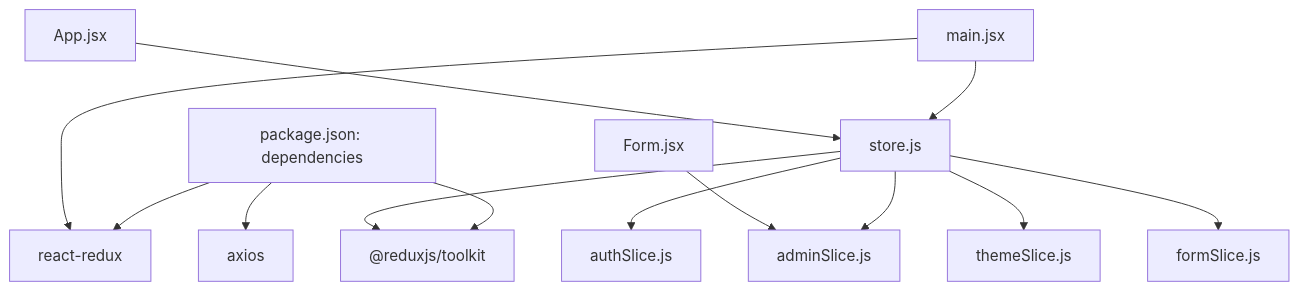
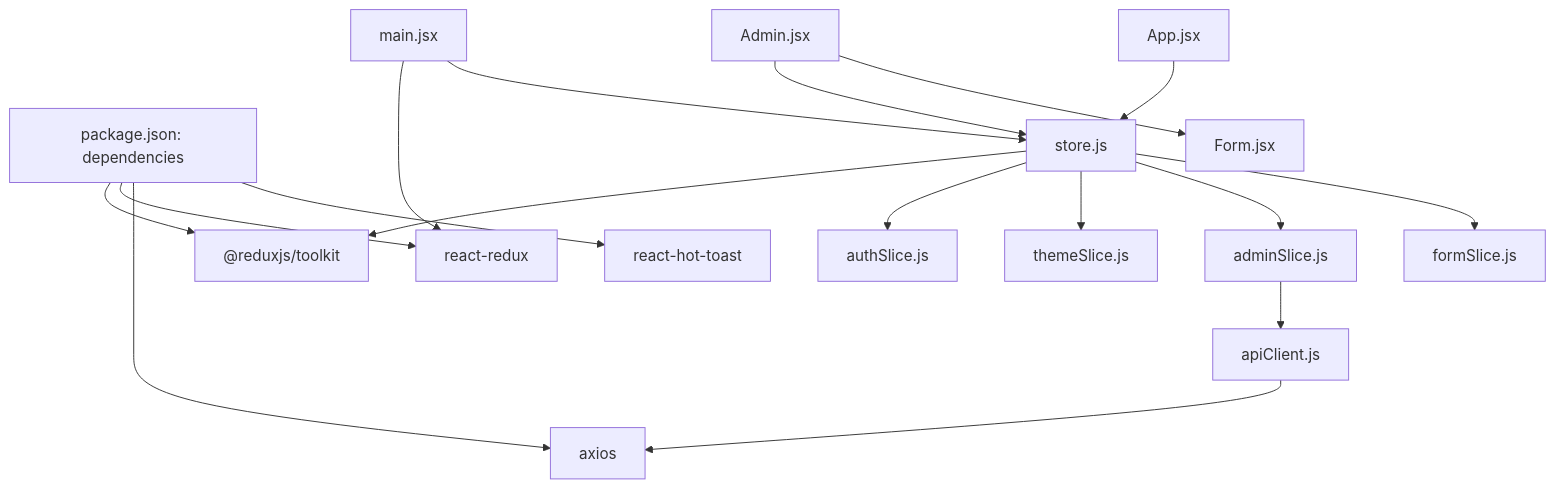
Before and after one commit to Aryan9060/Timetable-Project: the tenth of 10 diagrams in .qoder/repowiki/en/content/State Management/Redux Store Configuration.md, drawn with Mermaid. The commit also changed other lines of this file and 8 other files, not shown here.

````diff
--- a/.qoder/repowiki/en/content/State Management/Redux Store Configuration.md
+++ b/.qoder/repowiki/en/content/State Management/Redux Store Configuration.md
@@ -246,15 +357,19 @@
 ```mermaid
 graph TB
 Pkg["package.json: dependencies"] --> RTK["@reduxjs/toolkit"]
 Pkg --> RR["react-redux"]
 Pkg --> AX["axios"]
+Pkg --> HT["react-hot-toast"]
 StoreJS["store.js"] --> RTK
 StoreJS --> Auth["authSlice.js"]
 StoreJS --> Theme["themeSlice.js"]
 StoreJS --> Admin["adminSlice.js"]
 StoreJS --> Form["formSlice.js"]
 MainJSX["main.jsx"] --> RR
 MainJSX --> StoreJS
 AppJSX["App.jsx"] --> StoreJS
-FormJSX["Form.jsx"] --> Admin
+AdminJSX["Admin.jsx"] --> StoreJS
+AdminJSX --> FormJSX["Form.jsx"]
+Admin["adminSlice.js"] --> APIClient["apiClient.js"]
+APIClient --> AX
 ```
````
